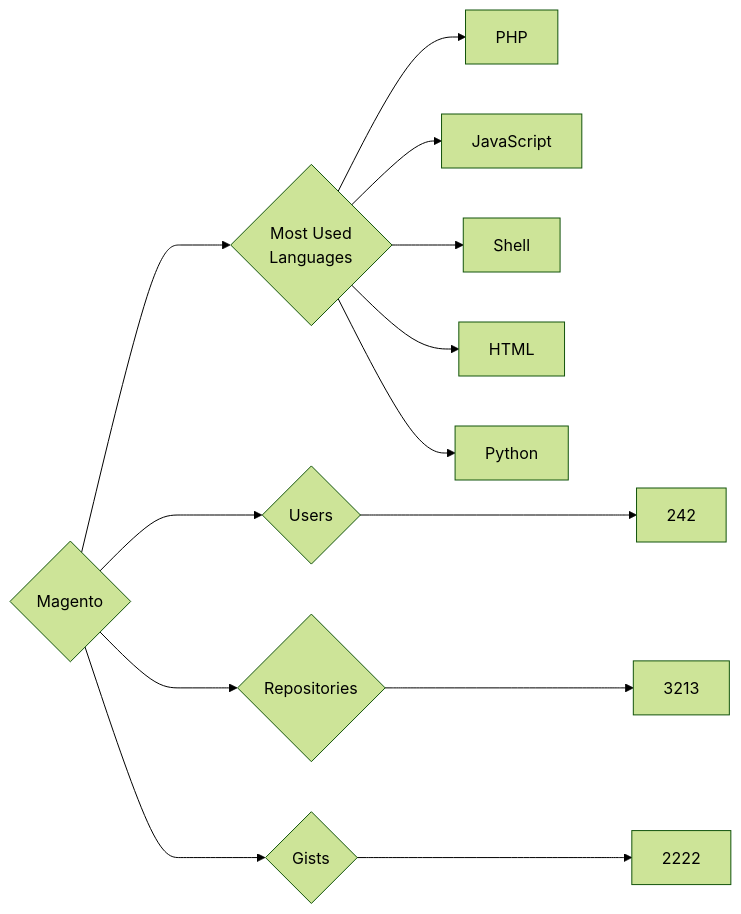
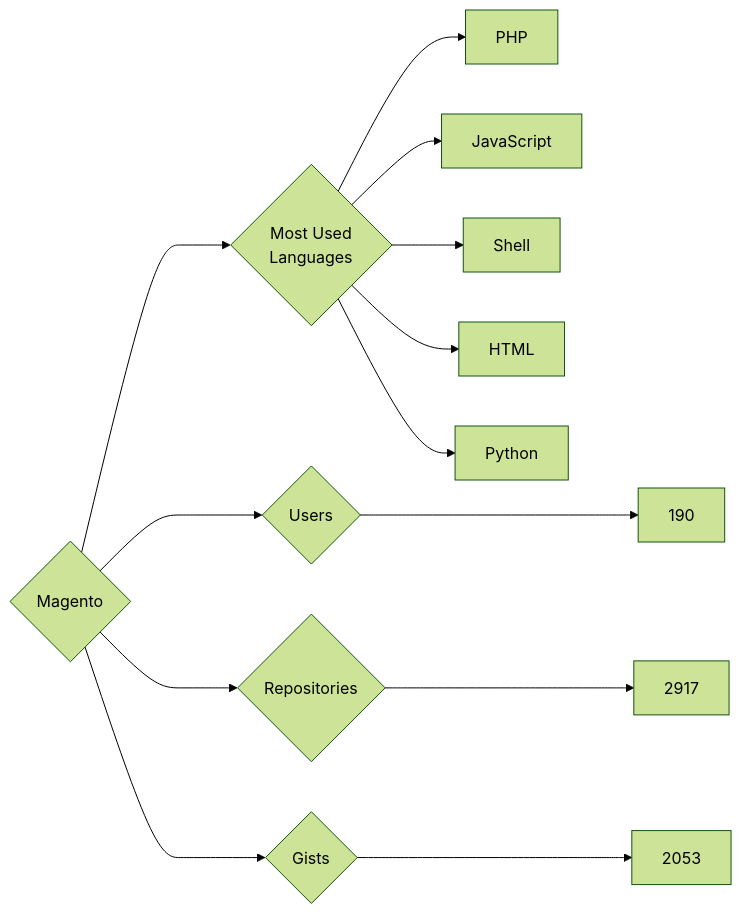
The diagram in targets/Magento/README.md (trickest/insiders), drawn with Mermaid (forest theme) before and after one commit. The commit also changed 695 other files, not shown here.

````diff
--- a/targets/Magento/README.md
+++ b/targets/Magento/README.md
@@ -3,13 +3,13 @@
 ```mermaid
 graph LR
 COMPANY_NAME{Magento}
-COMPANY_NAME ---> U{Users} ---> UN[242]
-COMPANY_NAME ---> R{Repositories} ---> RN[3213]
-COMPANY_NAME ---> G{Gists} ---> GN[2222]
+COMPANY_NAME ---> U{Users} ---> UN[190]
+COMPANY_NAME ---> R{Repositories} ---> RN[2917]
+COMPANY_NAME ---> G{Gists} ---> GN[2053]
 COMPANY_NAME ---> ML{Most Used<br>Languages}
 ML --> PHP[PHP]
 ML --> JavaScript[JavaScript]
 ML --> Shell[Shell]
 ML --> HTML[HTML]
 ML --> Python[Python]
 ```
````
